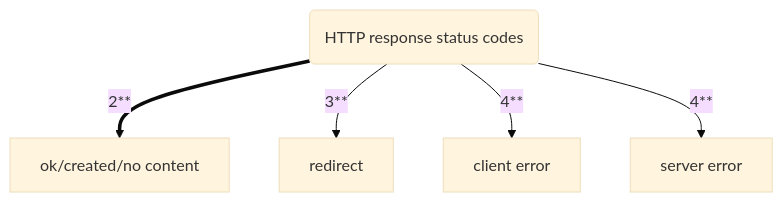
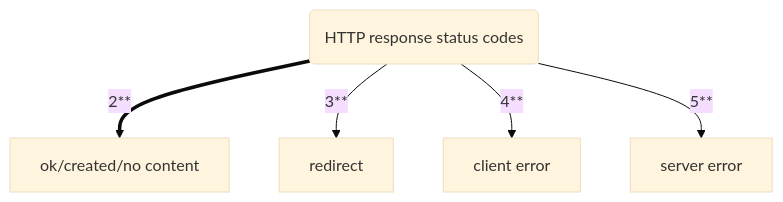
One commit to ESJiang/JR-notes changed the diagram in Nodejs/Node_tutorial.md. Above: the diagram before and after it, drawn with Mermaid (base theme). The commit also changed other lines of this file and 11 other files, not shown here.

````diff
--- a/Nodejs/Node_tutorial.md
+++ b/Nodejs/Node_tutorial.md
@@ -61,7 +76,7 @@
 ```mermaid
 graph TB;
     a("HTTP response status codes")==>|2**| b["ok/created/no content"];
     a-->|3**| c["redirect"];
     a-->|4**| d["client error"];
-    a-->|4**| e["server error"];
+    a-->|5**| e["server error"];
 ```
````
